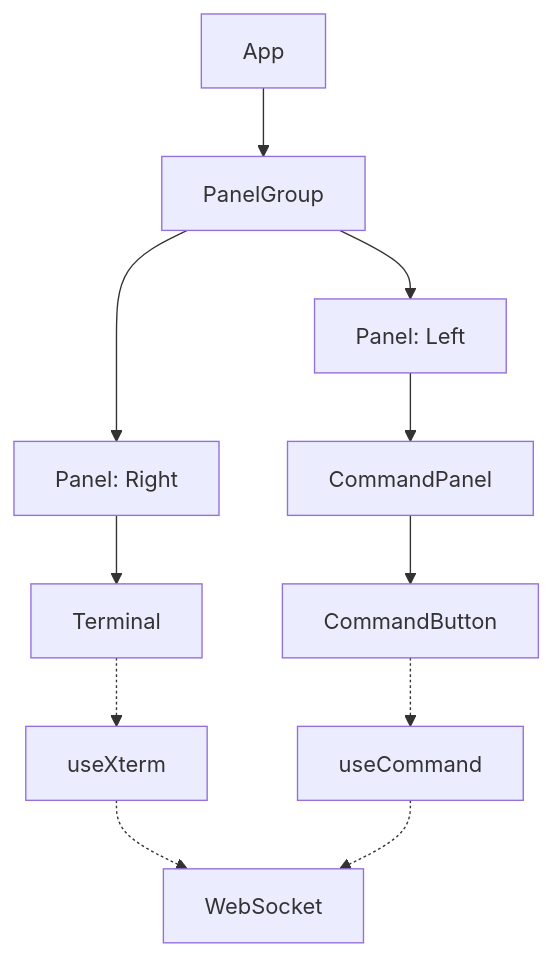
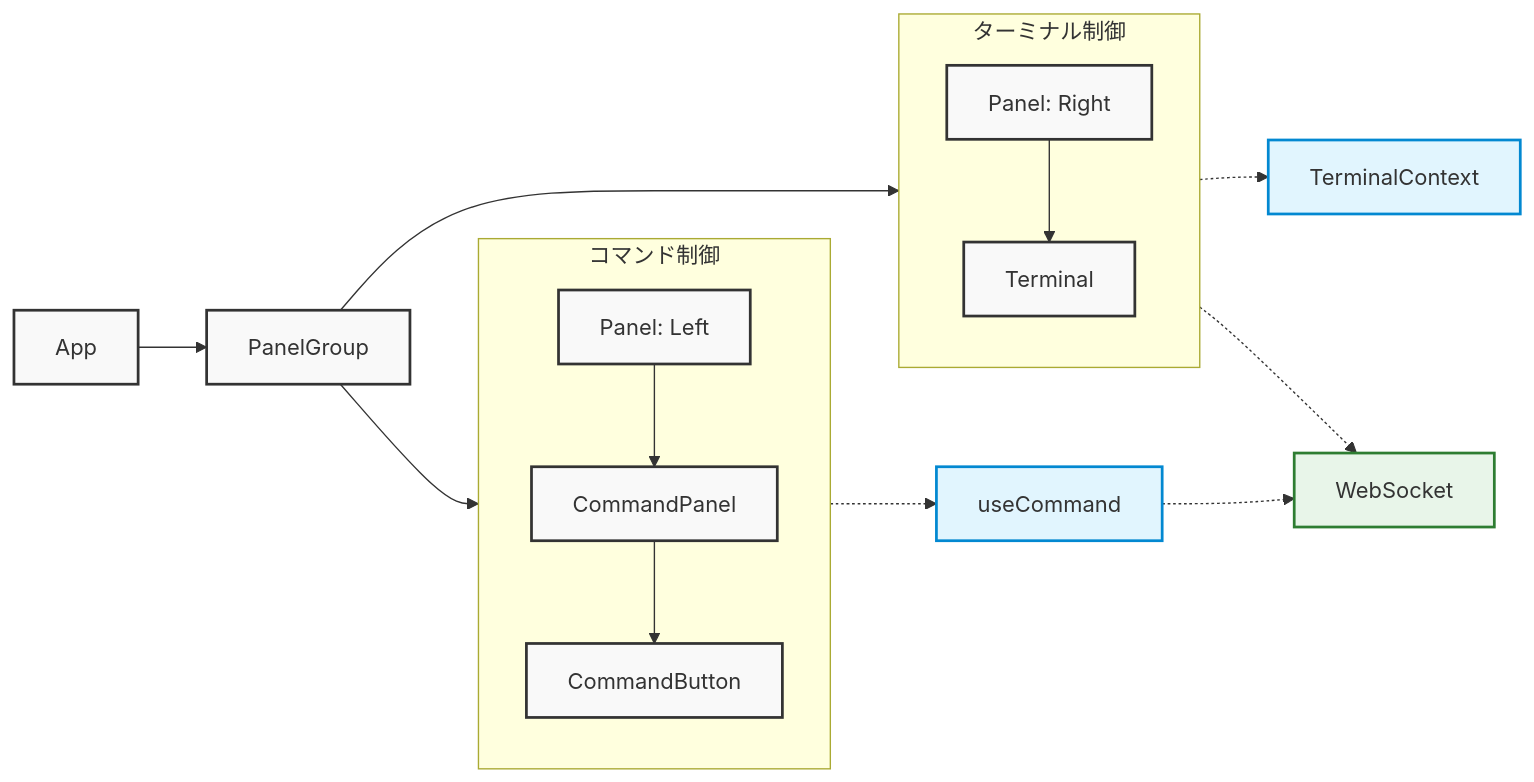
The first of 3 diagrams in DEVELOPMENT.md (yuki-matsu783/ExecDock), drawn with Mermaid before and after one commit. The commit also changed other lines of this file and 4 other files, not shown here.

````diff
--- a/DEVELOPMENT.md
+++ b/DEVELOPMENT.md
@@ -38,13 +39,38 @@
 ```mermaid
-graph TD
+graph LR
     A[App] --> B[PanelGroup]
-    B --> C[Panel: Left]
-    B --> D[Panel: Right]
-    C --> E[CommandPanel]
-    E --> F[CommandButton]
-    D --> G[Terminal]
-    G -.-> H[useXterm]
+
+    %% 左右の配置を明確にする
+    subgraph 左パネル[コマンド制御]
+        direction TB
+        C[Panel: Left]
+        E[CommandPanel]
+        F[CommandButton]
+        C --> E
+        E --> F
+    end
+
+    subgraph 右パネル[ターミナル制御]
+        direction TB
+        D[Panel: Right]
+        G[Terminal]
+        D --> G
+    end
+
+    %% パネルグループの配置
+    B --> C
+    B --> D
+
+    %% コンテキストとWebSocket接続
+    G -.-> H[TerminalContext]
     F -.-> I[useCommand]
-    H -.-> J[WebSocket]
+    G -.-> J[WebSocket]
     I -.-> J
+
+    %% スタイリング
+    classDef default fill:#f9f9f9,stroke:#333,stroke-width:2px;
+    classDef context fill:#e1f5fe,stroke:#0288d1,stroke-width:2px;
+    classDef ws fill:#e8f5e9,stroke:#2e7d32,stroke-width:2px;
+    class H,I context;
+    class J ws;
 ```
````
